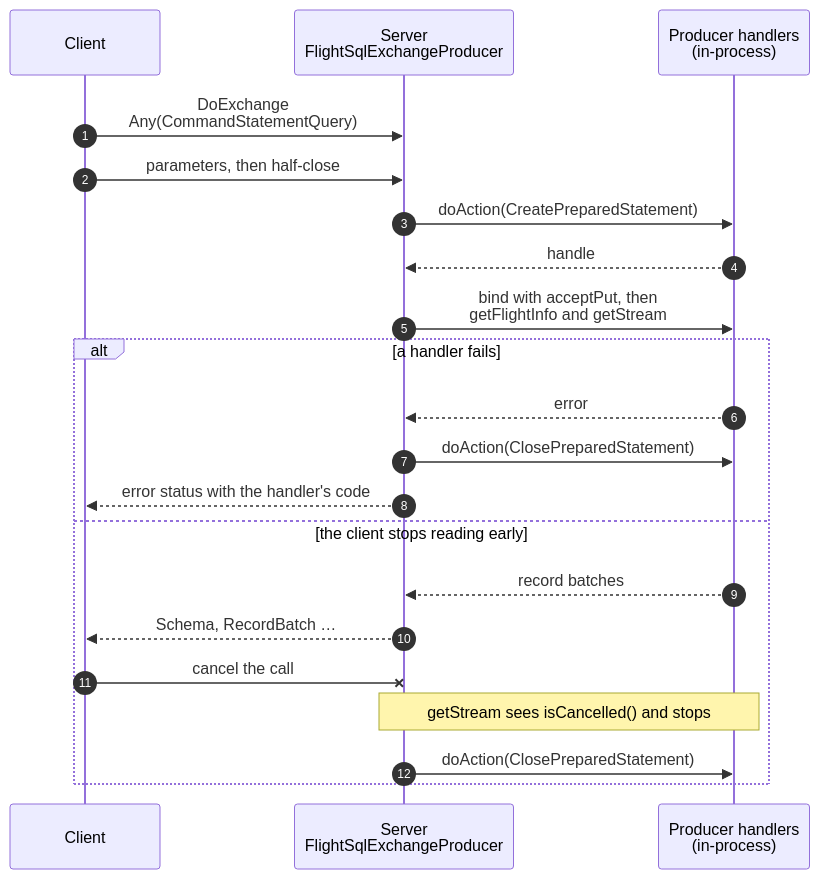
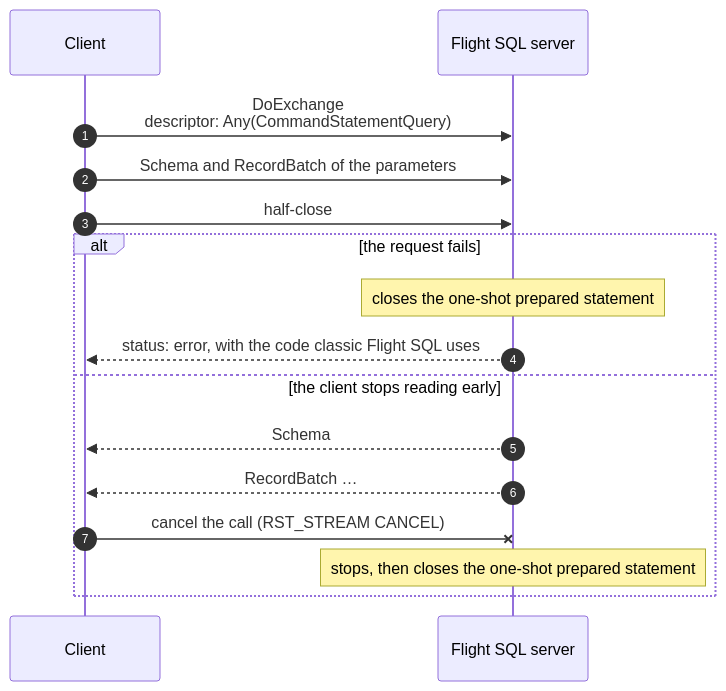
The ninth of 11 diagrams in flight/flight-sql/flight-sql-over-doexchange.md (xborder/arrow-java), drawn with Mermaid before and after one commit. The commit also changed other lines of this file, not shown here.

First line of the commit message:
[FlightSQL] Rework the DoExchange notes into a protocol proposal

````diff
--- a/flight/flight-sql/flight-sql-over-doexchange.md
+++ b/flight/flight-sql/flight-sql-over-doexchange.md
@@ -370,23 +453,18 @@
 ```mermaid
 sequenceDiagram
     autonumber
     participant C as Client
-    participant S as Server<br/>FlightSqlExchangeProducer
-    participant P as Producer handlers<br/>(in-process)
-    C->>S: DoExchange<br/>Any(CommandStatementQuery)
-    C->>S: parameters, then half-close
-    S->>P: doAction(CreatePreparedStatement)
-    P-->>S: handle
-    S->>P: bind with acceptPut, then<br/>getFlightInfo and getStream
-    alt a handler fails
-        P-->>S: error
-        S->>P: doAction(ClosePreparedStatement)
-        S-->>C: error status with the handler's code
+    participant S as Flight SQL server
+    C->>S: DoExchange<br/>descriptor: Any(CommandStatementQuery)
+    C->>S: Schema and RecordBatch of the parameters
+    C->>S: half-close
+    alt the request fails
+        Note over S: closes the one-shot prepared statement
+        S-->>C: status: error, with the code classic Flight SQL uses
     else the client stops reading early
-        P-->>S: record batches
-        S-->>C: Schema, RecordBatch …
-        C-xS: cancel the call
-        Note over S,P: getStream sees isCancelled() and stops
-        S->>P: doAction(ClosePreparedStatement)
+        S-->>C: Schema
+        S-->>C: RecordBatch …
+        C-xS: cancel the call (RST_STREAM CANCEL)
+        Note over S: stops, then closes the one-shot prepared statement
     end
 ```
````
